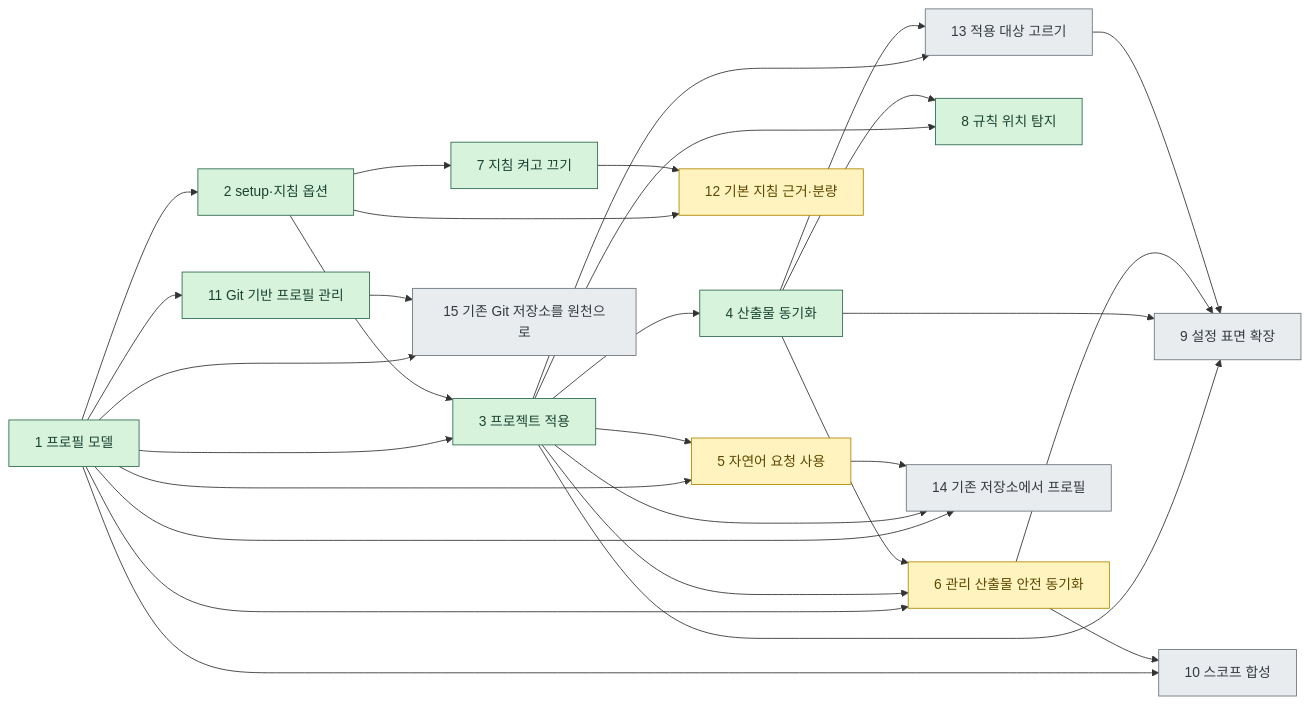
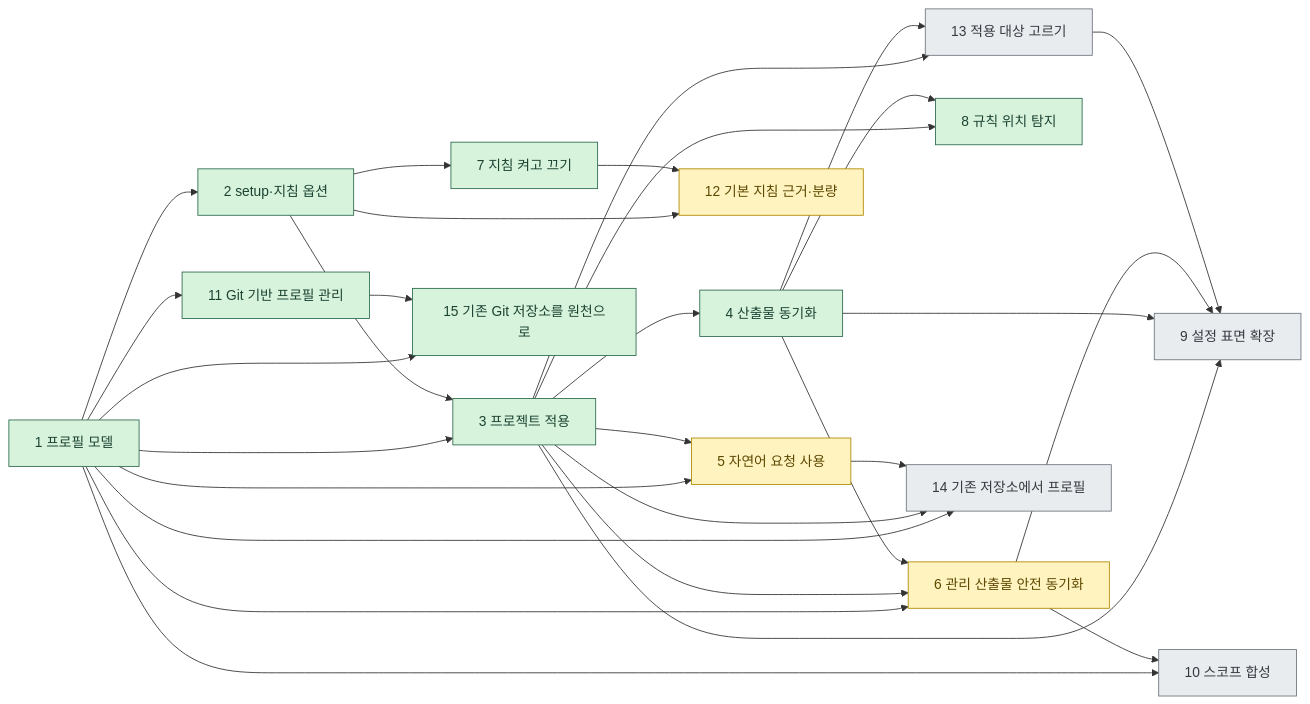
One commit to IsthisLee/agent-context-manager changed the diagram in docs/discussion/architecture/README.md. Above: the diagram before and after it, drawn with Mermaid. The commit also changed other lines of this file and 30 other files, not shown here.

````diff
--- a/docs/discussion/architecture/README.md
+++ b/docs/discussion/architecture/README.md
@@ -38,39 +38,39 @@
 ```mermaid
 flowchart LR
   S1["1 프로필 모델"] --> S2["2 setup·지침 옵션"]
   S1 --> S3["3 프로젝트 적용"]
   S2 --> S3
   S3 --> S4["4 산출물 동기화"]
   S1 --> S5["5 자연어 요청 사용"]
   S3 --> S5
   S1 --> S6["6 관리 산출물 안전 동기화"]
   S3 --> S6
   S4 --> S6
   S2 --> S7["7 지침 켜고 끄기"]
   S3 --> S8["8 규칙 위치 탐지"]
   S4 --> S8
   S3 --> S9["9 설정 표면 확장"]
   S4 --> S9
   S6 --> S9
   S1 --> S10["10 스코프 합성"]
   S6 --> S10
   S1 --> S11["11 Git 기반 프로필 관리"]
   S2 --> S12["12 기본 지침 근거·분량"]
   S7 --> S12
   S3 --> S13["13 적용 대상 고르기"]
   S4 --> S13
   S13 --> S9
   S1 --> S14["14 기존 저장소에서 프로필"]
   S3 --> S14
   S5 --> S14
   S1 --> S15["15 기존 Git 저장소를 원천으로"]
   S11 --> S15
   classDef done fill:#d8f3dc,stroke:#2d6a4f,color:#1b4332
   classDef doing fill:#fff3bf,stroke:#b08900,color:#5c4800
   classDef todo fill:#e9ecef,stroke:#6c757d,color:#343a40
   %% agctx:generated:stage-classes:start
-  class S1,S2,S3,S4,S7,S8,S11 done
+  class S1,S2,S3,S4,S7,S8,S11,S15 done
   class S5,S6,S12 doing
-  class S9,S10,S13,S14,S15 todo
+  class S9,S10,S13,S14 todo
   %% agctx:generated:stage-classes:end
 ```
````
